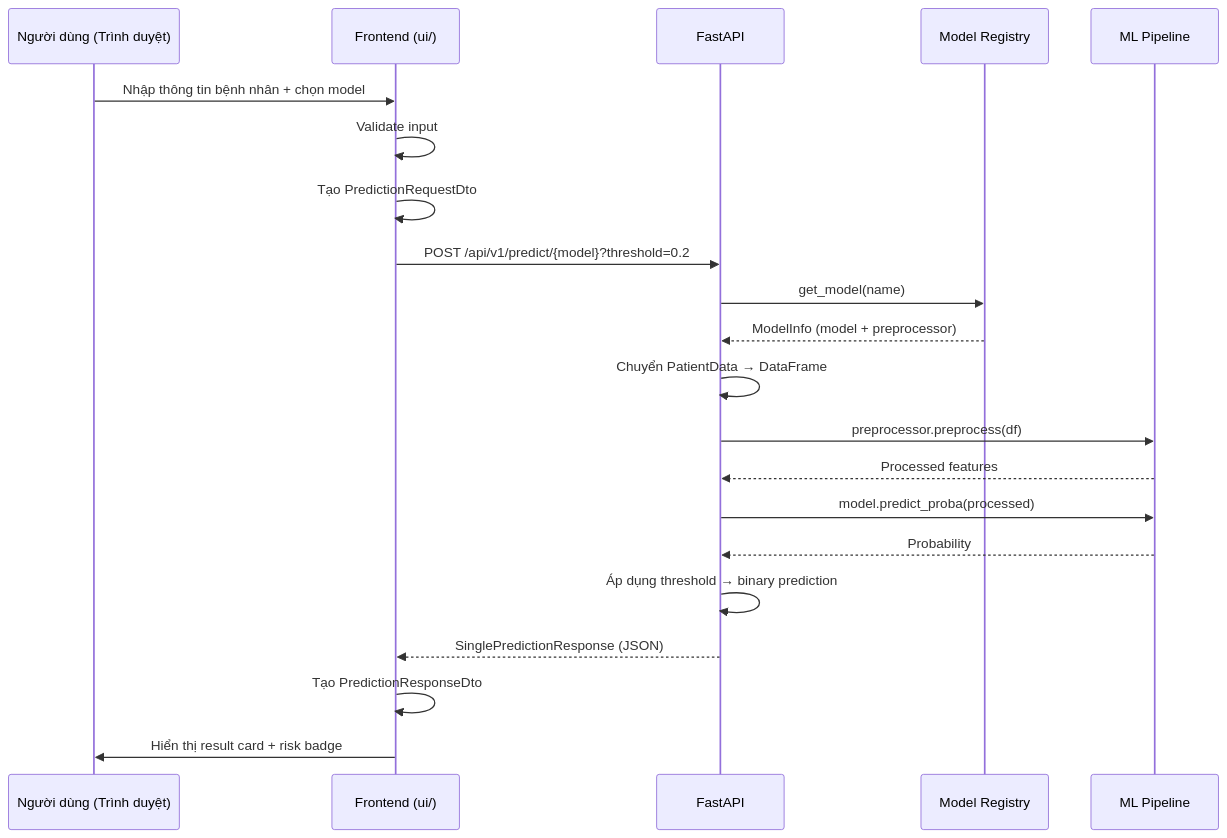
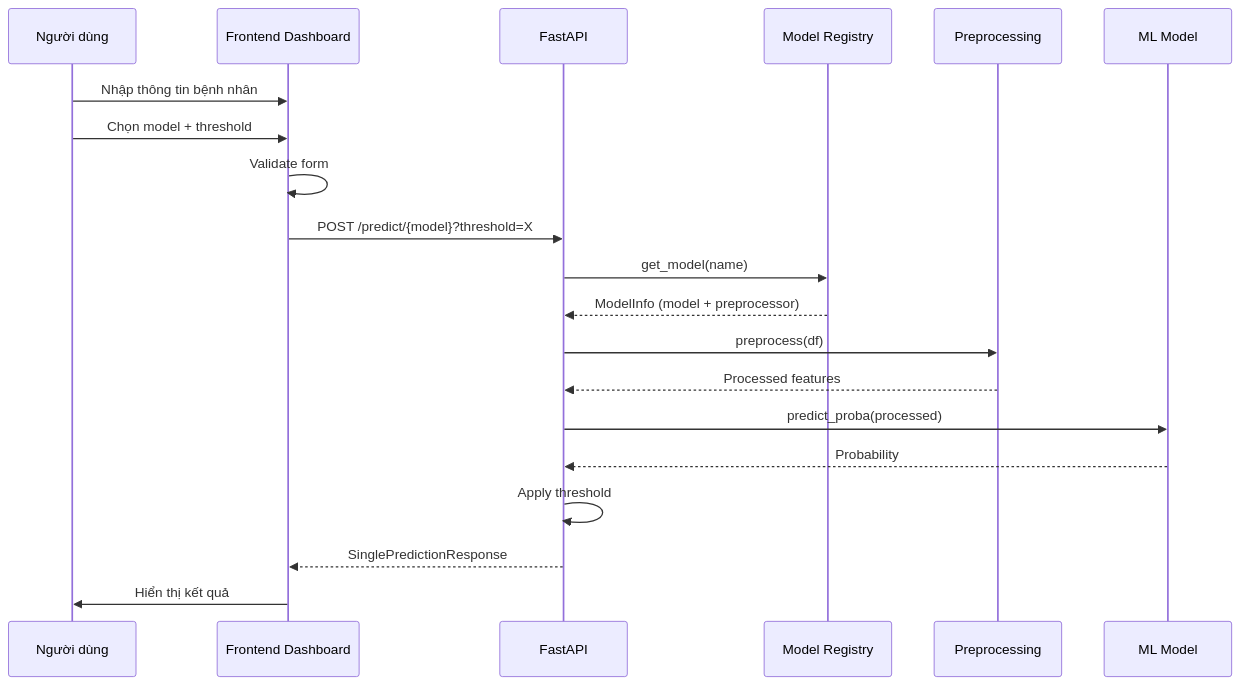
Before and after one commit to quangnhathung/patient-readmission-prediction-core-aplication: the second of 4 diagrams in README.md, drawn with Mermaid. The commit also changed other lines of this file and 8 other files, not shown here.

````diff
--- a/README.md
+++ b/README.md
@@ -104,24 +153,23 @@
 ```mermaid
 sequenceDiagram
-    participant U as Người dùng (Trình duyệt)
-    participant F as Frontend (ui/)
-    participant A as FastAPI
-    participant R as Model Registry
-    participant M as ML Pipeline
+    participant User as Người dùng
+    participant UI as Frontend Dashboard
+    participant API as FastAPI
+    participant Registry as Model Registry
+    participant Preprocessor as Preprocessing
+    participant Model as ML Model
 
-    U->>F: Nhập thông tin bệnh nhân + chọn model
-    F->>F: Validate input
-    F->>F: Tạo PredictionRequestDto
-    F->>A: POST /api/v1/predict/{model}?threshold=0.2
-    A->>R: get_model(name)
-    R-->>A: ModelInfo (model + preprocessor)
-    A->>A: Chuyển PatientData → DataFrame
-    A->>M: preprocessor.preprocess(df)
-    M-->>A: Processed features
-    A->>M: model.predict_proba(processed)
-    M-->>A: Probability
-    A->>A: Áp dụng threshold → binary prediction
-    A-->>F: SinglePredictionResponse (JSON)
-    F->>F: Tạo PredictionResponseDto
-    F->>U: Hiển thị result card + risk badge
+    User->>UI: Nhập thông tin bệnh nhân
+    User->>UI: Chọn model + threshold
+    UI->>UI: Validate form
+    UI->>API: POST /predict/{model}?threshold=X
+    API->>Registry: get_model(name)
+    Registry-->>API: ModelInfo (model + preprocessor)
+    API->>Preprocessor: preprocess(df)
+    Preprocessor-->>API: Processed features
+    API->>Model: predict_proba(processed)
+    Model-->>API: Probability
+    API->>API: Apply threshold
+    API-->>UI: SinglePredictionResponse
+    UI->>User: Hiển thị kết quả
 ```
````
